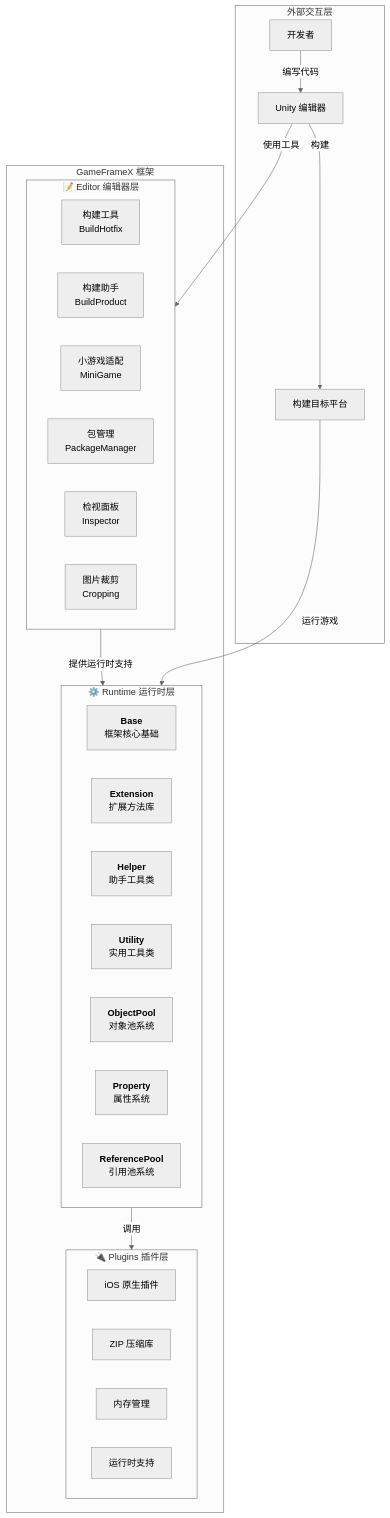
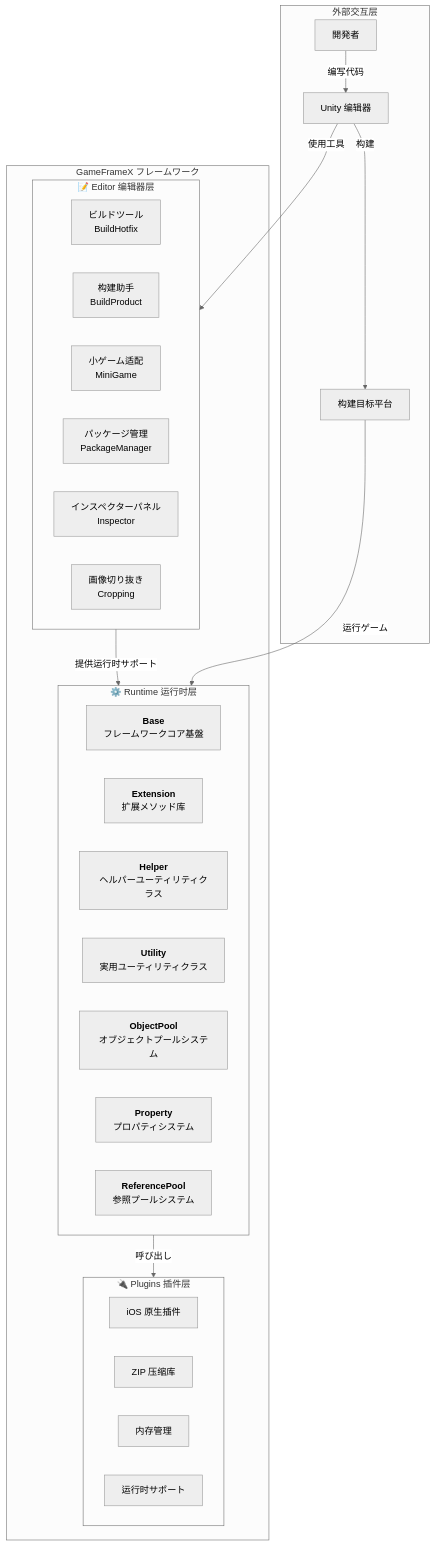
One commit to AlianBlank/GameFrameX.Docs changed the first of 2 diagrams in docs/ja/client/unity/component/core/01.overview.md. Above: the diagram before and after it, drawn with Mermaid (neutral theme). The commit also changed other lines of this file and 603 other files, not shown here.

````diff
--- a/docs/ja/client/unity/component/core/01.overview.md
+++ b/docs/ja/client/unity/component/core/01.overview.md
@@ -40,43 +40,43 @@
 ```mermaid
 flowchart TB
     subgraph External["外部交互层"]
-        Developer["开发者"]
+        Developer["開発者"]
         UnityEditor["Unity 编辑器"]
         BuildTarget["构建目标平台"]
     end
 
-    subgraph GameFrameX["GameFrameX 框架"]
+    subgraph GameFrameX["GameFrameX フレームワーク"]
         subgraph Editor["📝 Editor 编辑器层"]
-            E1["构建工具<br/>BuildHotfix"]
+            E1["ビルドツール<br/>BuildHotfix"]
             E2["构建助手<br/>BuildProduct"]
-            E3["小游戏适配<br/>MiniGame"]
-            E4["包管理<br/>PackageManager"]
-            E5["检视面板<br/>Inspector"]
-            E6["图片裁剪<br/>Cropping"]
+            E3["小ゲーム适配<br/>MiniGame"]
+            E4["パッケージ管理<br/>PackageManager"]
+            E5["インスペクターパネル<br/>Inspector"]
+            E6["画像切り抜き<br/>Cropping"]
         end
 
         subgraph Runtime["⚙️ Runtime 运行时层"]
-            R1["<b>Base</b><br/>框架核心基础"]
-            R2["<b>Extension</b><br/>扩展方法库"]
-            R3["<b>Helper</b><br/>助手工具类"]
-            R4["<b>Utility</b><br/>实用工具类"]
-            R5["<b>ObjectPool</b><br/>对象池系统"]
-            R6["<b>Property</b><br/>属性系统"]
-            R7["<b>ReferencePool</b><br/>引用池系统"]
+            R1["<b>Base</b><br/>フレームワークコア基盤"]
+            R2["<b>Extension</b><br/>扩展メソッド库"]
+            R3["<b>Helper</b><br/>ヘルパーユーティリティクラス"]
+            R4["<b>Utility</b><br/>実用ユーティリティクラス"]
+            R5["<b>ObjectPool</b><br/>オブジェクトプールシステム"]
+            R6["<b>Property</b><br/>プロパティシステム"]
+            R7["<b>ReferencePool</b><br/>参照プールシステム"]
         end
 
         subgraph Plugins["🔌 Plugins 插件层"]
             P1["iOS 原生插件"]
             P2["ZIP 压缩库"]
             P3["内存管理"]
-            P4["运行时支持"]
+            P4["运行时サポート"]
         end
     end
 
     Developer -->|编写代码| UnityEditor
     UnityEditor -->|构建| BuildTarget
     UnityEditor -->|使用工具| Editor
-    Editor -->|提供运行时支持| Runtime
-    Runtime -->|调用| Plugins
-    BuildTarget -->|运行游戏| Runtime
+    Editor -->|提供运行时サポート| Runtime
+    Runtime -->|呼び出し| Plugins
+    BuildTarget -->|运行ゲーム| Runtime
 ```
````
